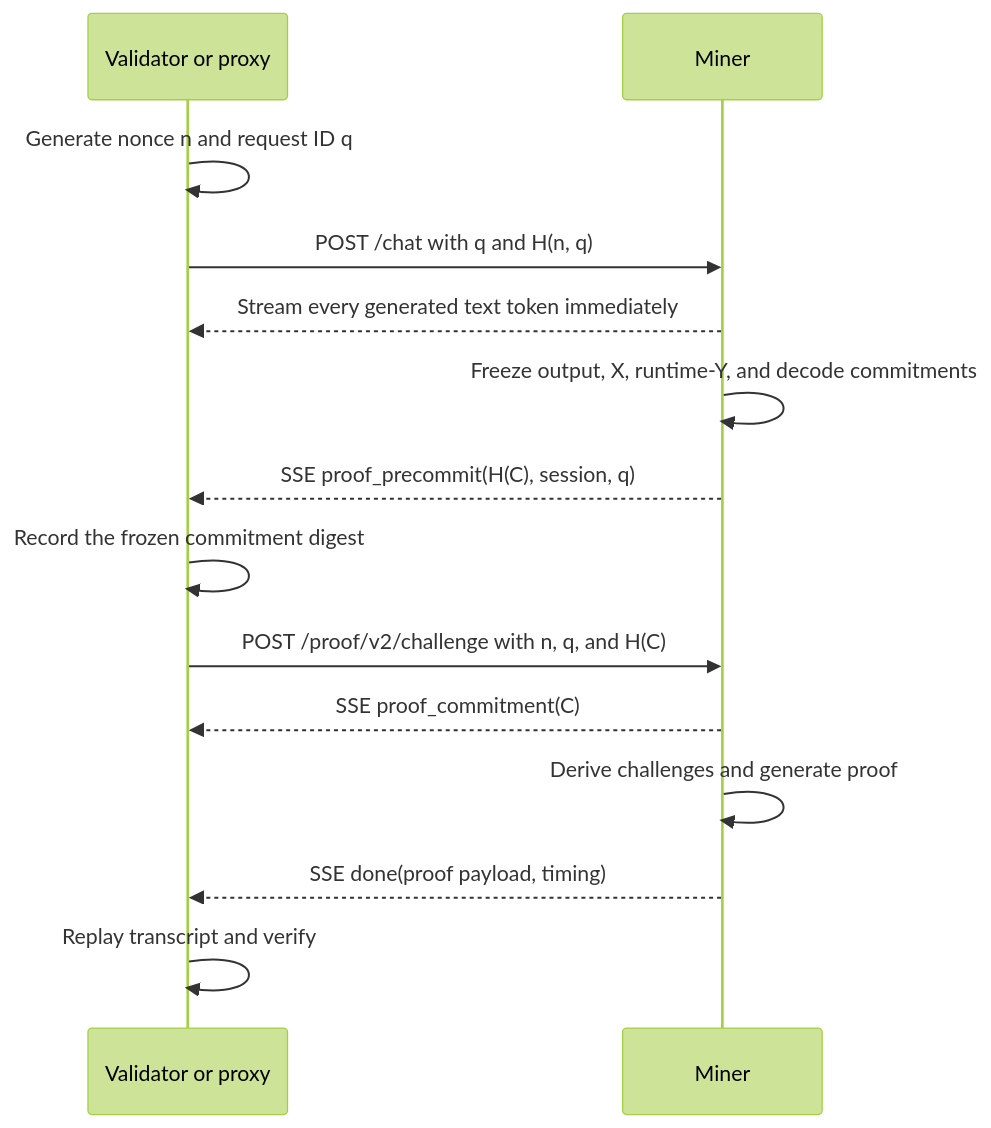
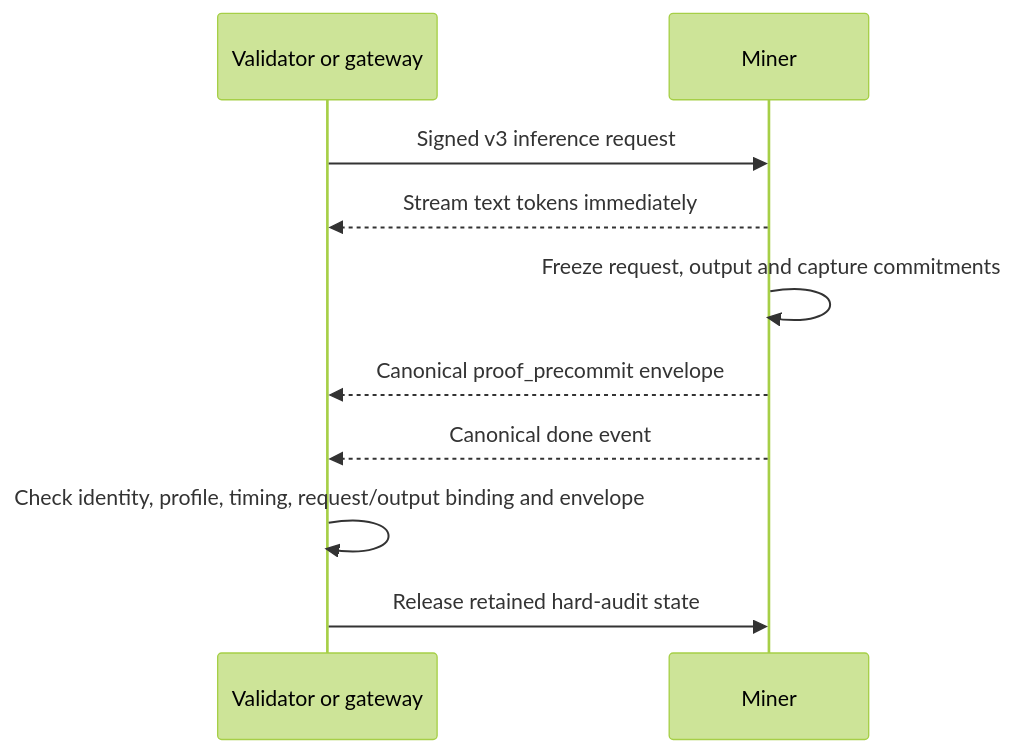
One commit to cdylan320/Verathos-sn96- changed the first of 2 diagrams in docs/proof_protocol.md. Above: the diagram before and after it, drawn with Mermaid (forest theme). The commit also changed other lines of this file and 10 other files, not shown here.

````diff
--- a/docs/proof_protocol.md
+++ b/docs/proof_protocol.md
@@ -139,17 +45,13 @@
 ```mermaid
 sequenceDiagram
-    participant V as Validator or proxy
+    participant V as Validator or gateway
     participant M as Miner
 
-    V->>V: Generate nonce n and request ID q
-    V->>M: POST /chat with q and H(n, q)
-    M-->>V: Stream every generated text token immediately
-    M->>M: Freeze output, X, runtime-Y, and decode commitments
-    M-->>V: SSE proof_precommit(H(C), session, q)
-    V->>V: Record the frozen commitment digest
-    V->>M: POST /proof/v2/challenge with n, q, and H(C)
-    M-->>V: SSE proof_commitment(C)
-    M->>M: Derive challenges and generate proof
-    M-->>V: SSE done(proof payload, timing)
-    V->>V: Replay transcript and verify
+    V->>M: Signed v3 inference request
+    M-->>V: Stream text tokens immediately
+    M->>M: Freeze request, output and capture commitments
+    M-->>V: Canonical proof_precommit envelope
+    M-->>V: Canonical done event
+    V->>V: Check identity, profile, timing, request/output binding and envelope
+    V->>M: Release retained hard-audit state
 ```
````
